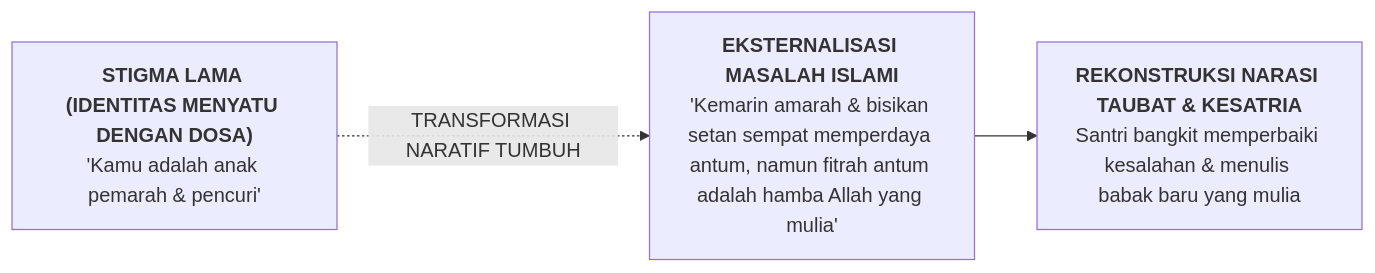
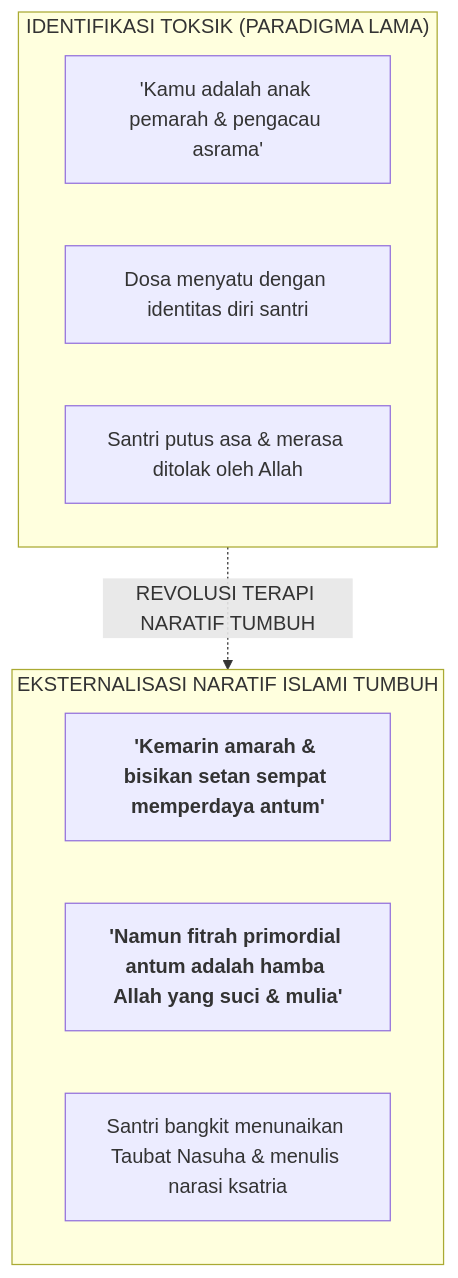
One commit to wandiapriliyandi/tumbuh changed the first of 2 diagrams in BOOK Series 2/Volume-04-Intervensi-PBIS-dan-Disiplin-Restoratif/Bab-06-Bilik-Sakinah-dan-De-eskalasi-Krisis/03-Terapi-Naratif-dan-Jembatan-Volume-05.md. Above: the diagram before and after it, drawn with Mermaid. The commit also changed other lines of this file and 61 other files, not shown here.

````diff
--- a/BOOK Series 2/Volume-04-Intervensi-PBIS-dan-Disiplin-Restoratif/Bab-06-Bilik-Sakinah-dan-De-eskalasi-Krisis/03-Terapi-Naratif-dan-Jembatan-Volume-05.md
+++ b/BOOK Series 2/Volume-04-Intervensi-PBIS-dan-Disiplin-Restoratif/Bab-06-Bilik-Sakinah-dan-De-eskalasi-Krisis/03-Terapi-Naratif-dan-Jembatan-Volume-05.md
@@ -11,10 +15,16 @@
 ```mermaid
-flowchart LR
-    StigmaLama["<b>STIGMA LAMA (IDENTITAS MENYATU DENGAN DOSA)</b><br/>'Kamu adalah anak pemarah & pencuri'"]
-    
-    Eksternalisasi["<b>EKSTERNALISASI MASALAH ISLAMI</b><br/>'Kemarin amarah & bisikan setan sempat memperdaya antum, namun fitrah antum adalah hamba Allah yang mulia'"]
-    
-    TaubatNasuha["<b>REKONSTRUKSI NARASI TAUBAT & KESATRIA</b><br/>Santri bangkit memperbaiki kesalahan & menulis babak baru yang mulia"]
+flowchart TD
+    subgraph StigmaLama["IDENTIFIKASI TOKSIK (PARADIGMA LAMA)"]
+        S1["'Kamu adalah anak pemarah & pengacau asrama'"]
+        S2["Dosa menyatu dengan identitas diri santri"]
+        S3["Santri putus asa & merasa ditolak oleh Allah"]
+    end
 
-    StigmaLama -.->|TRANSFORMASI NARATIF TUMBUH| Eksternalisasi --> TaubatNasuha
+    subgraph EksternalisasiTUMBUH["EKSTERNALISASI NARATIF ISLAMI TUMBUH"]
+        E1["<b>'Kemarin amarah & bisikan setan sempat memperdaya antum'</b>"]
+        E2["<b>'Namun fitrah primordial antum adalah hamba Allah yang suci & mulia'</b>"]
+        E3["Santri bangkit menunaikan Taubat Nasuha & menulis narasi ksatria"]
+    end
+
+    StigmaLama -.->|REVOLUSI TERAPI NARATIF TUMBUH| EksternalisasiTUMBUH
 ```
````
